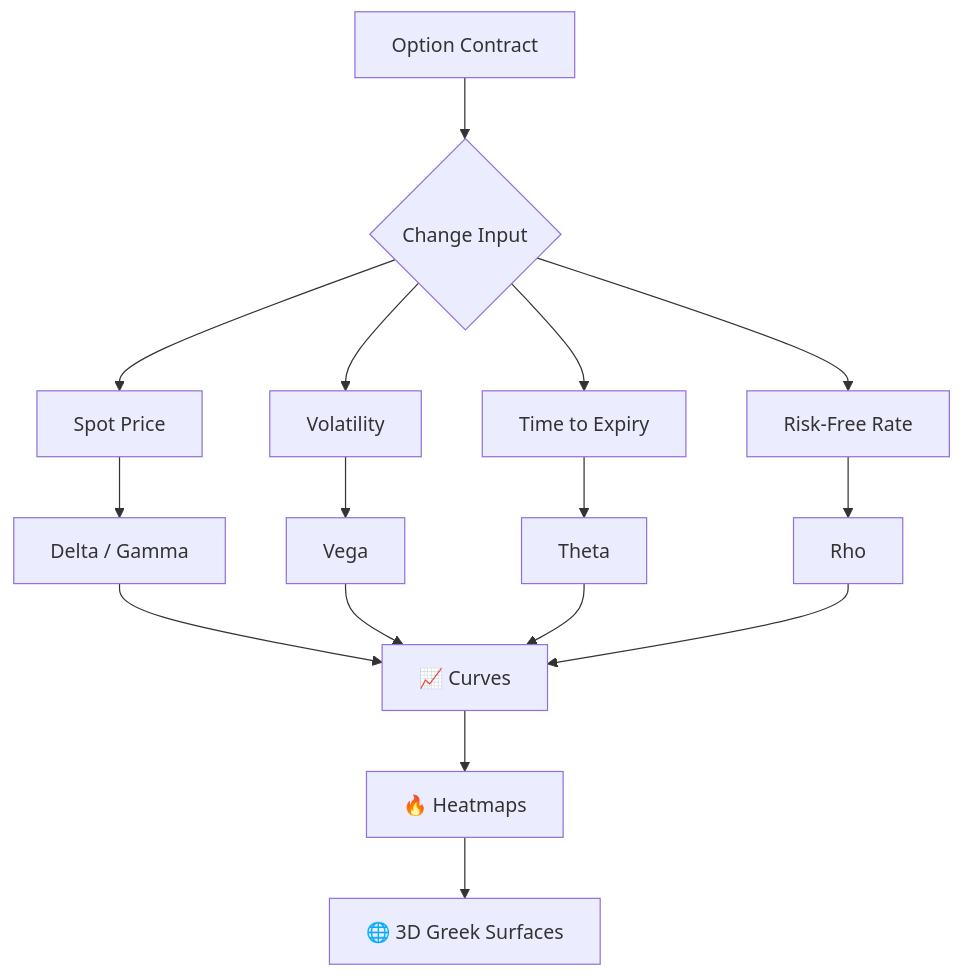
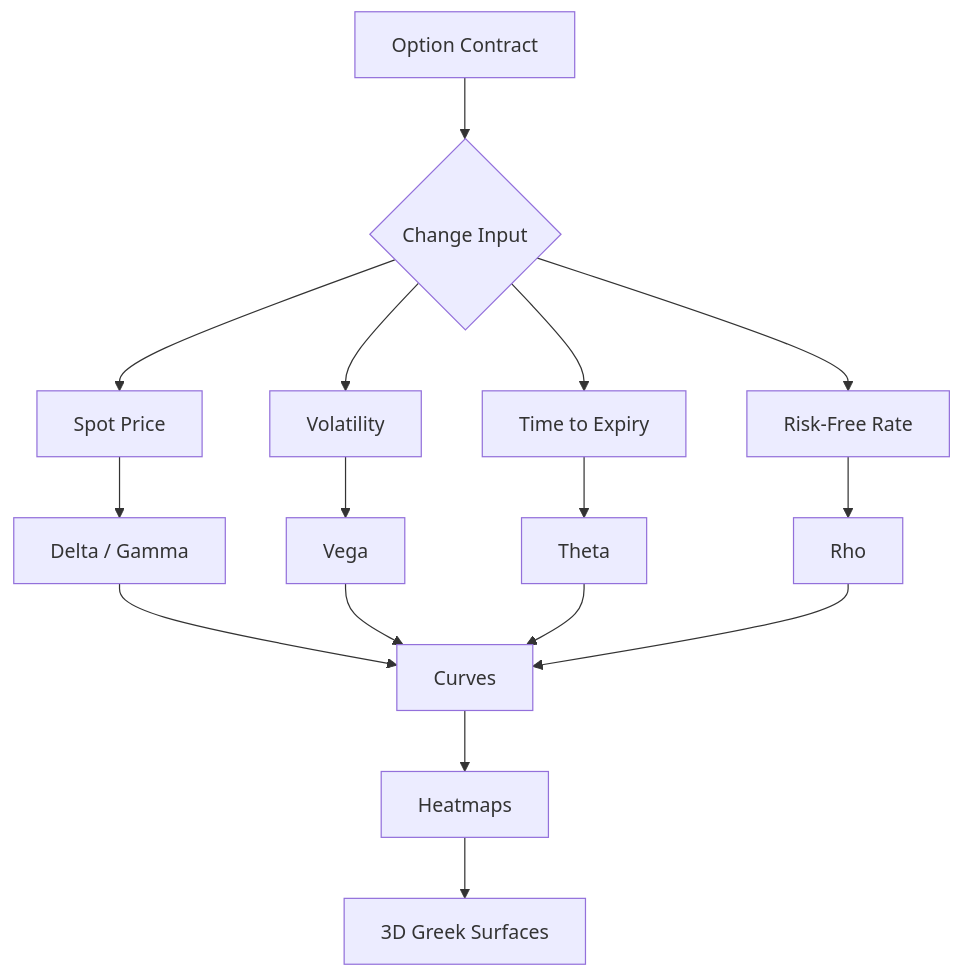
The second of 4 diagrams in README.md (Clestialcosmos/Fino-Stock-Option-Market-Analyzer), drawn with Mermaid before and after one commit. The commit also changed other lines of this file, not shown here.

````diff
--- a/README.md
+++ b/README.md
@@ -116,21 +116,21 @@
 ```mermaid
 flowchart TD
-    A[Option Contract] --> B{Change Input}
-    B --> C[Spot Price]
-    B --> D[Volatility]
-    B --> E[Time to Expiry]
-    B --> F[Risk-Free Rate]
+A[Option Contract] --> B{Change Input}
+B --> C[Spot Price]
+B --> D[Volatility]
+B --> E[Time to Expiry]
+B --> F[Risk-Free Rate]
 
-    C --> G["Delta / Gamma"]
-    D --> H[Vega]
-    E --> I[Theta]
-    F --> J[Rho]
+C --> G["Delta / Gamma"]
+D --> H[Vega]
+E --> I[Theta]
+F --> J[Rho]
 
-    G --> K[📈 Curves]
-    H --> K
-    I --> K
-    J --> K
+G --> K[Curves]
+H --> K
+I --> K
+J --> K
 
-    K --> L[🔥 Heatmaps]
-    L --> M[🌐 3D Greek Surfaces]
+K --> L[Heatmaps]
+L --> M[3D Greek Surfaces]
 ```
````
